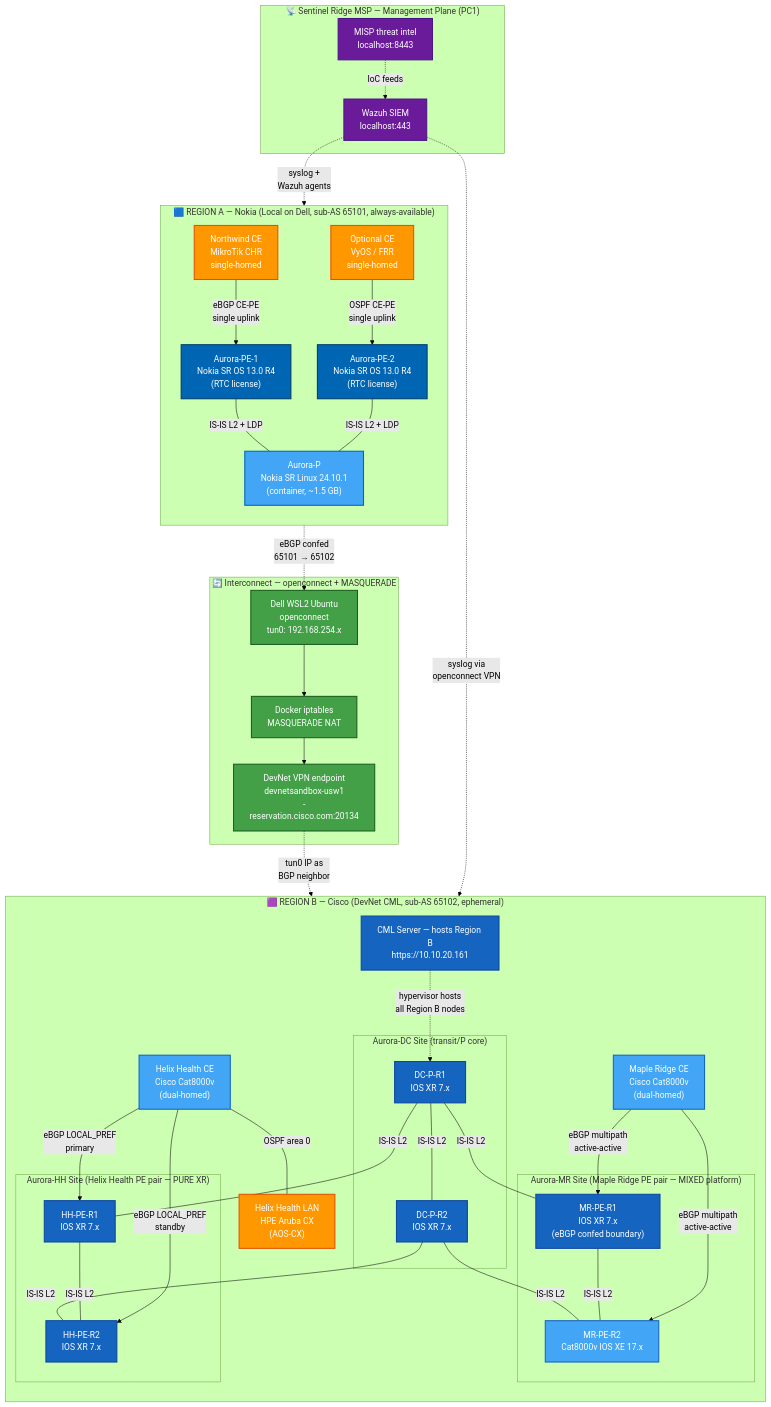
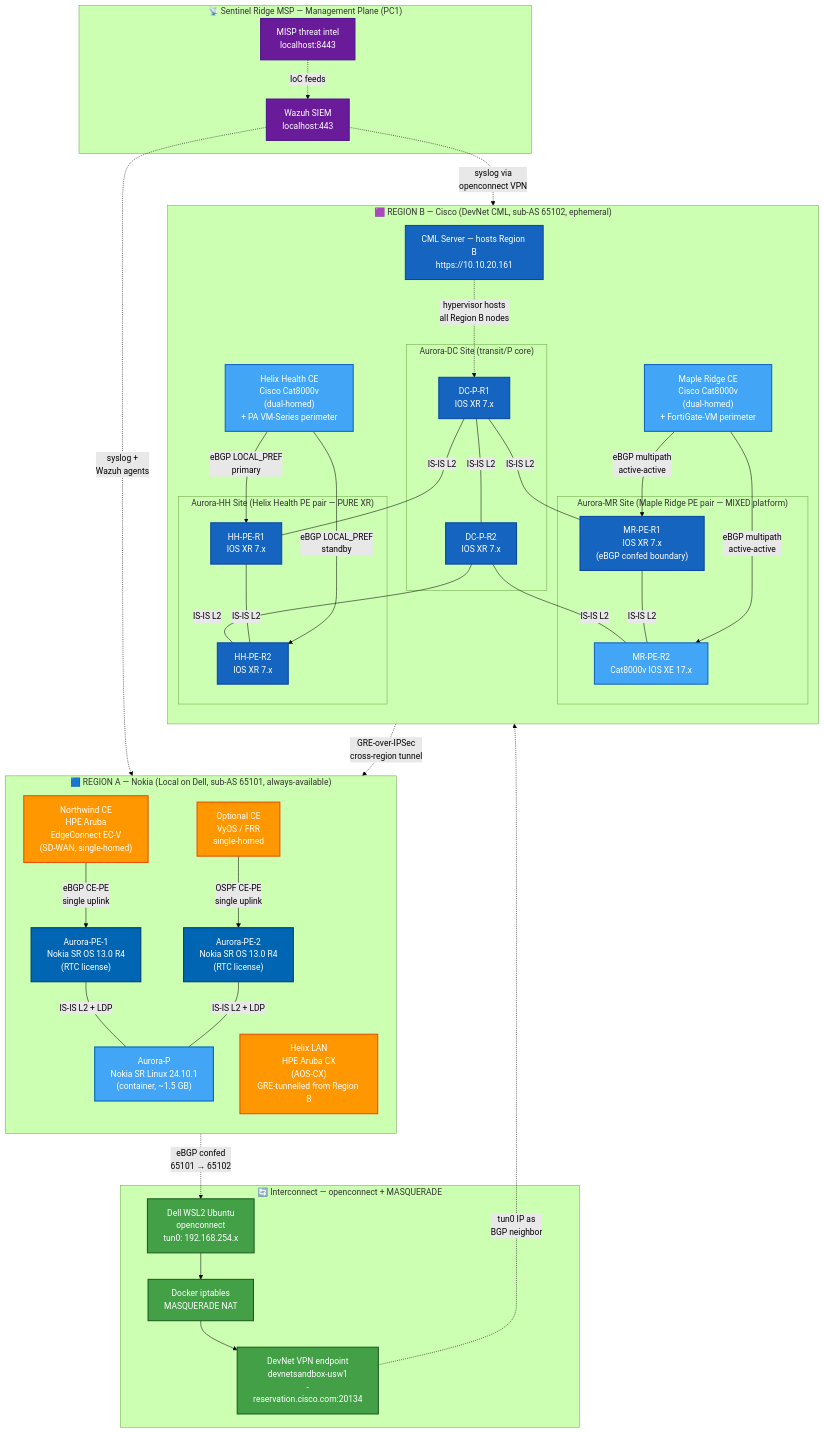
One commit to cyber-Elvis/aurora-comms changed the diagram in docs/adr-002-two-region.md. Above: the diagram before and after it, drawn with Mermaid (forest theme). The commit also changed other lines of this file, not shown here.

````diff
--- a/docs/adr-002-two-region.md
+++ b/docs/adr-002-two-region.md
@@ -143,8 +153,9 @@
         SRL_P["Aurora-P<br/>Nokia SR Linux 24.10.1<br/>(container, ~1.5 GB)"]
         SROS_PE1["Aurora-PE-1<br/>Nokia SR OS 13.0 R4<br/>(RTC license)"]
         SROS_PE2["Aurora-PE-2<br/>Nokia SR OS 13.0 R4<br/>(RTC license)"]
-        NW_CE["Northwind CE<br/>MikroTik CHR<br/>single-homed"]
+        NW_CE["Northwind CE<br/>HPE Aruba<br/>EdgeConnect EC-V<br/>(SD-WAN, single-homed)"]
         VyOS_CE["Optional CE<br/>VyOS / FRR<br/>single-homed"]
+        ARUBA_CX["Helix LAN<br/>HPE Aruba CX<br/>(AOS-CX)<br/>GRE-tunnelled from Region B"]
     end
 
     %% Interconnect
@@ -175,9 +186,8 @@
             HH_PE_R2["HH-PE-R2<br/>IOS XR 7.x"]
         end
 
-        MR_CE["Maple Ridge CE<br/>Cisco Cat8000v<br/>(dual-homed)"]
-        HH_CE["Helix Health CE<br/>Cisco Cat8000v<br/>(dual-homed)"]
-        HH_LAN["Helix Health LAN<br/>HPE Aruba CX<br/>(AOS-CX)"]
+        MR_CE["Maple Ridge CE<br/>Cisco Cat8000v<br/>(dual-homed)<br/>+ FortiGate-VM perimeter"]
+        HH_CE["Helix Health CE<br/>Cisco Cat8000v<br/>(dual-homed)<br/>+ PA VM-Series perimeter"]
     end
 
     %% Region A internal links — single-homed CEs
@@ -205,7 +215,9 @@
     MR_CE -->|eBGP multipath<br/>active-active| MR_PE_R2
     HH_CE -->|eBGP LOCAL_PREF<br/>primary| HH_PE_R1
     HH_CE -->|eBGP LOCAL_PREF<br/>standby| HH_PE_R2
-    HH_CE ---|OSPF area 0| HH_LAN
+
+    %% GRE tunnel from Helix CE in Region B back to Helix LAN in Region A (cross-region)
+    HH_CE -.->|GRE-over-IPSec<br/>cross-region tunnel| ARUBA_CX
 
     CML -.->|hypervisor hosts<br/>all Region B nodes| DC_P_R1
 
@@ -219,7 +231,7 @@
     class DC_P_R1,DC_P_R2,MR_PE_R1,HH_PE_R1,HH_PE_R2 cisco_xr
     class MR_PE_R2,MR_CE,HH_CE cisco_xe
     class CML cisco_xr
-    class NW_CE,VyOS_CE,HH_LAN mixed
+    class NW_CE,VyOS_CE,ARUBA_CX mixed
     class OC,NAT,DN bridge
     class Wazuh,MISP mgmt
 ```
````
